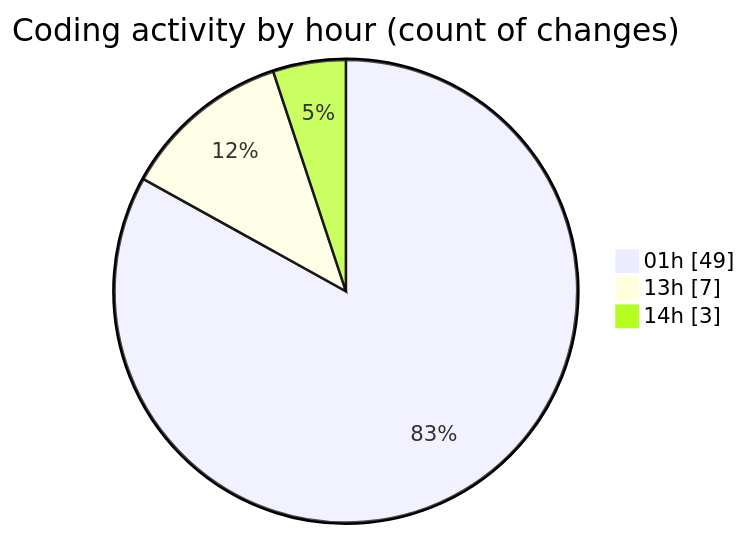
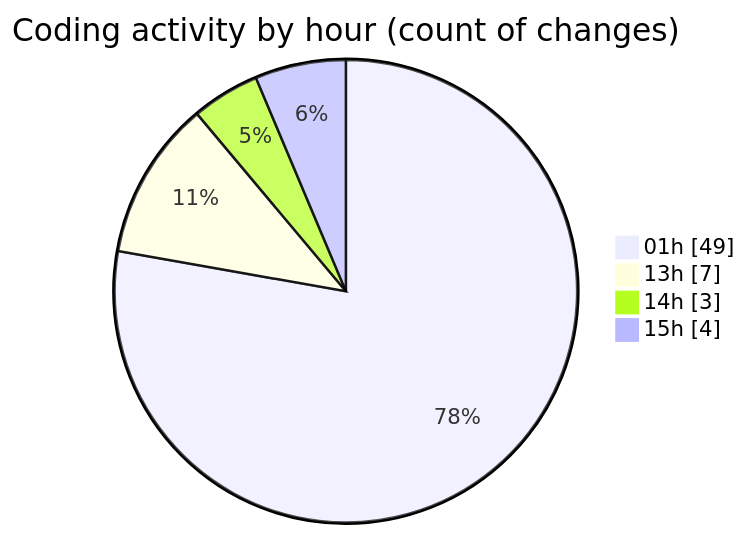
The second of 2 diagrams in 2025-09-02/quanlylink/README.md (lephambinh05/code-tracking), drawn with Mermaid before and after one commit. The commit also changed other lines of this file and 1 other file, not shown here.

````diff
--- a/2025-09-02/quanlylink/README.md
+++ b/2025-09-02/quanlylink/README.md
@@ -55,7 +58,8 @@
 ```mermaid
 pie showData
 title Coding activity by hour (count of changes)
 "01h" : 49
 "13h" : 7
 "14h" : 3
+"15h" : 4
 ```
````
